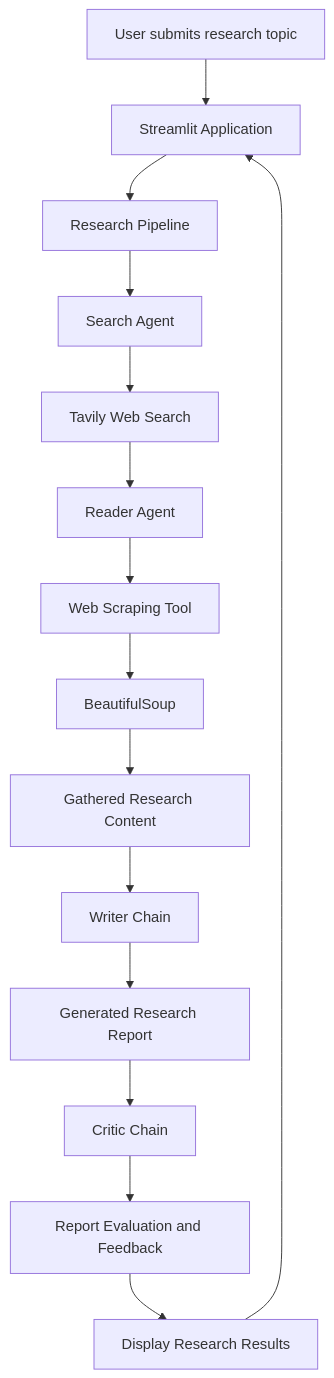
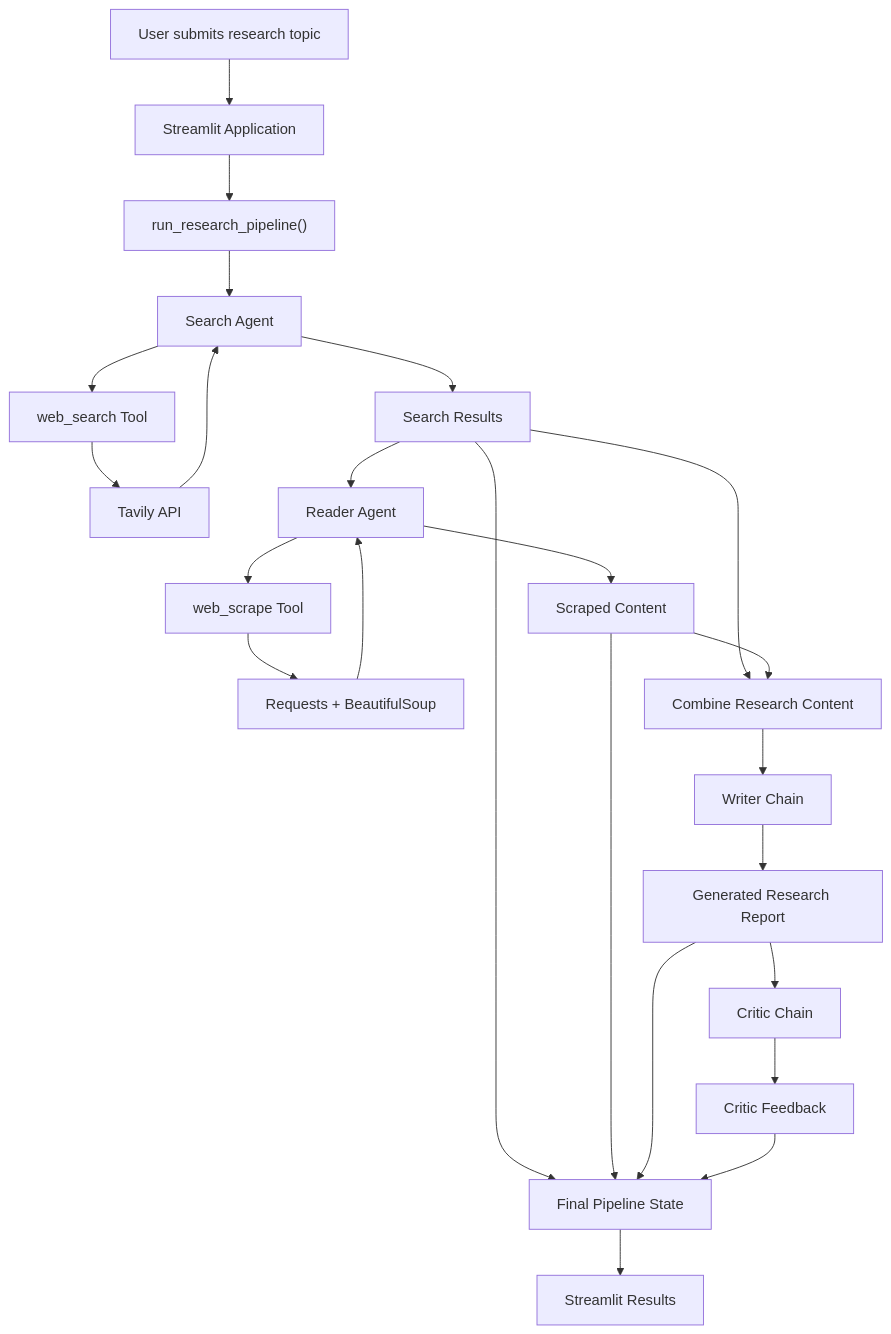
One commit to Sampath040507/deep-research-engine changed the first of 2 diagrams in README.md. Above: the diagram before and after it, drawn with Mermaid. The commit also changed other lines of this file, not shown here.

````diff
--- a/README.md
+++ b/README.md
@@ -74,22 +78,35 @@
 ```mermaid
 flowchart TD
     A["User submits research topic"] --> B["Streamlit Application"]
-    B --> C["Research Pipeline"]
+    B --> C["run_research_pipeline()"]
 
     C --> D["Search Agent"]
-    D --> E["Tavily Web Search"]
+    D --> E["web_search Tool"]
+    E --> F["Tavily API"]
+    F --> D
 
-    E --> F["Reader Agent"]
-    F --> G["Web Scraping Tool"]
-    G --> H["BeautifulSoup"]
+    D --> G["Search Results"]
 
-    H --> I["Gathered Research Content"]
-    I --> J["Writer Chain"]
-    J --> K["Generated Research Report"]
+    G --> H["Reader Agent"]
+    H --> I["web_scrape Tool"]
+    I --> J["Requests + BeautifulSoup"]
+    J --> H
 
-    K --> L["Critic Chain"]
-    L --> M["Report Evaluation and Feedback"]
+    H --> K["Scraped Content"]
 
-    M --> N["Display Research Results"]
-    N --> B
+    G --> L["Combine Research Content"]
+    K --> L
+
+    L --> M["Writer Chain"]
+    M --> N["Generated Research Report"]
+
+    N --> O["Critic Chain"]
+    O --> P["Critic Feedback"]
+
+    G --> Q["Final Pipeline State"]
+    K --> Q
+    N --> Q
+    P --> Q
+
+    Q --> R["Streamlit Results"]
 ```
````
